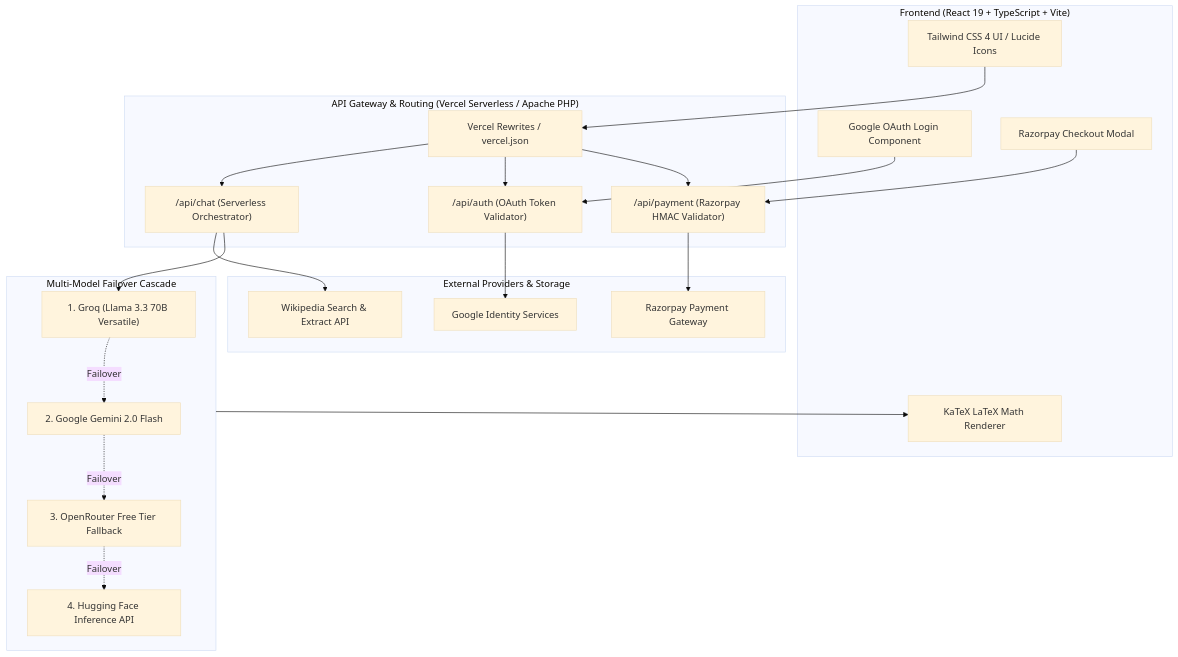
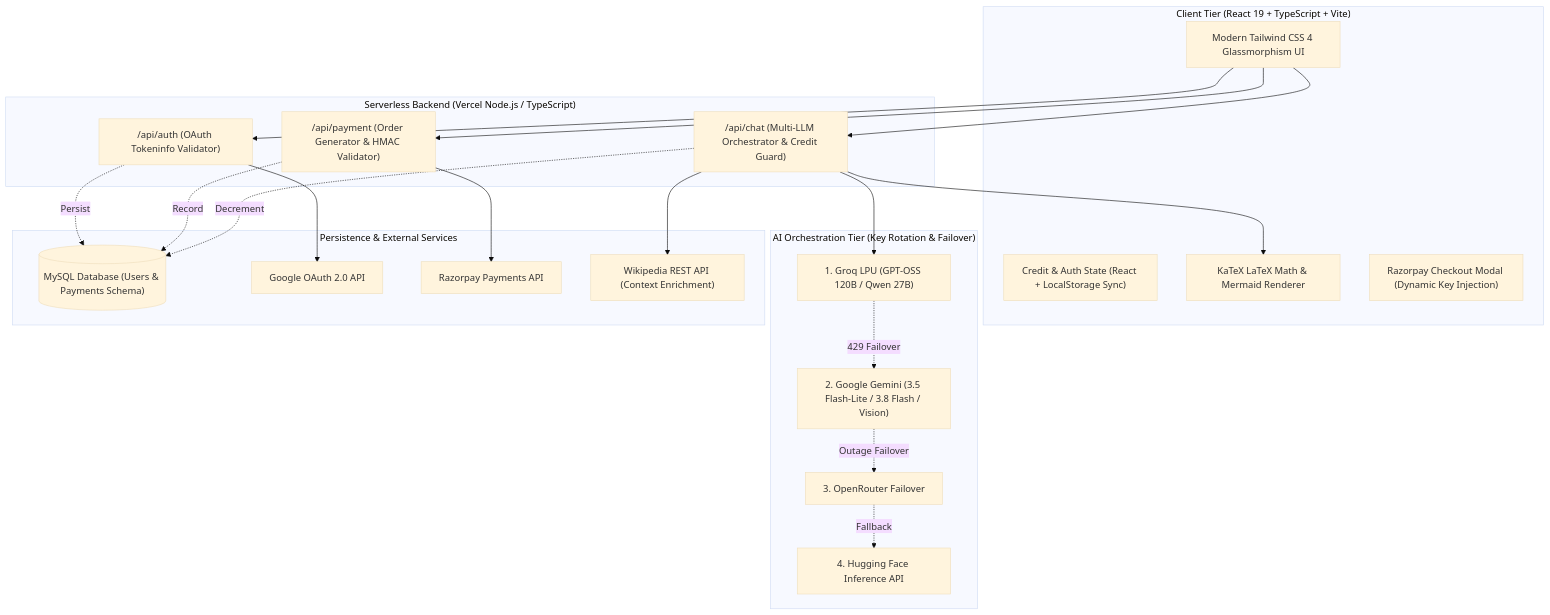
The diagram in README.md (MohammedAyman07/ayman-study-ai), drawn with Mermaid (base theme) before and after one commit. The commit also changed other lines of this file, not shown here.

Commit message:
docs: revamp README with human-engineered recruiter showcase, technical architecture, and author credentials

````diff
--- a/README.md
+++ b/README.md
@@ -84,47 +54,48 @@
 ```mermaid
 flowchart TD
-    subgraph Client ["Frontend (React 19 + TypeScript + Vite)"]
-        UI["Tailwind CSS 4 UI / Lucide Icons"]
-        Math["KaTeX LaTeX Math Renderer"]
-        AuthComp["Google OAuth Login Component"]
-        PaymentComp["Razorpay Checkout Modal"]
+    subgraph Client ["Client Tier (React 19 + TypeScript + Vite)"]
+        UI["Modern Tailwind CSS 4 Glassmorphism UI"]
+        State["Credit & Auth State (React + LocalStorage Sync)"]
+        KaTeX["KaTeX LaTeX Math & Mermaid Renderer"]
+        RZPClient["Razorpay Checkout Modal (Dynamic Key Injection)"]
     end
 
-    subgraph BackendGateway ["API Gateway & Routing (Vercel Serverless / Apache PHP)"]
-        Rewrite["Vercel Rewrites / vercel.json"]
-        ChatFunc["/api/chat (Serverless Orchestrator)"]
-        AuthFunc["/api/auth (OAuth Token Validator)"]
-        PayFunc["/api/payment (Razorpay HMAC Validator)"]
+    subgraph ServerlessTier ["Serverless Backend (Vercel Node.js / TypeScript)"]
+        AuthRoute["/api/auth (OAuth Tokeninfo Validator)"]
+        ChatRoute["/api/chat (Multi-LLM Orchestrator & Credit Guard)"]
+        PaymentRoute["/api/payment (Order Generator & HMAC Validator)"]
     end
 
-    subgraph AIOrchestrator ["Multi-Model Failover Cascade"]
-        Groq["1. Groq (Llama 3.3 70B Versatile)"]
-        Gemini["2. Google Gemini 2.0 Flash"]
-        OpenRouter["3. OpenRouter Free Tier Fallback"]
+    subgraph LLMCascade ["AI Orchestration Tier (Key Rotation & Failover)"]
+        Groq["1. Groq LPU (GPT-OSS 120B / Qwen 27B)"]
+        Gemini["2. Google Gemini (3.5 Flash-Lite / 3.8 Flash / Vision)"]
+        OpenRouter["3. OpenRouter Failover"]
         HuggingFace["4. Hugging Face Inference API"]
     end
 
-    subgraph ExternalServices ["External Providers & Storage"]
-        GoogleOAuth["Google Identity Services"]
-        RazorpayAPI["Razorpay Payment Gateway"]
-        Wikipedia["Wikipedia Search & Extract API"]
+    subgraph Persistence ["Persistence & External Services"]
+        MySQL[("MySQL Database (Users & Payments Schema)")]
+        GoogleIdentity["Google OAuth 2.0 API"]
+        RazorpayCore["Razorpay Payments API"]
+        Wikipedia["Wikipedia REST API (Context Enrichment)"]
     end
 
-    UI --> Rewrite
-    Rewrite --> ChatFunc
-    Rewrite --> AuthFunc
-    Rewrite --> PayFunc
+    UI --> AuthRoute
+    UI --> ChatRoute
+    UI --> PaymentRoute
+    
+    AuthRoute --> GoogleIdentity
+    AuthRoute -. Persist .-> MySQL
 
-    AuthComp --> AuthFunc
-    AuthFunc --> GoogleOAuth
+    PaymentRoute --> RazorpayCore
+    PaymentRoute -. Record .-> MySQL
 
-    PaymentComp --> PayFunc
-    PayFunc --> RazorpayAPI
-
-    ChatFunc --> Wikipedia
-    ChatFunc --> Groq
-    Groq -. Failover .-> Gemini
-    Gemini -. Failover .-> OpenRouter
-    OpenRouter -. Failover .-> HuggingFace
-    AIOrchestrator --> Math
+    ChatRoute --> Wikipedia
+    ChatRoute --> Groq
+    Groq -. 429 Failover .-> Gemini
+    Gemini -. Outage Failover .-> OpenRouter
+    OpenRouter -. Fallback .-> HuggingFace
+    
+    ChatRoute -. Decrement .-> MySQL
+    ChatRoute --> KaTeX
 ```
````
